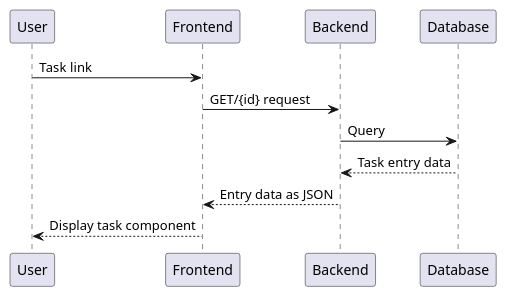
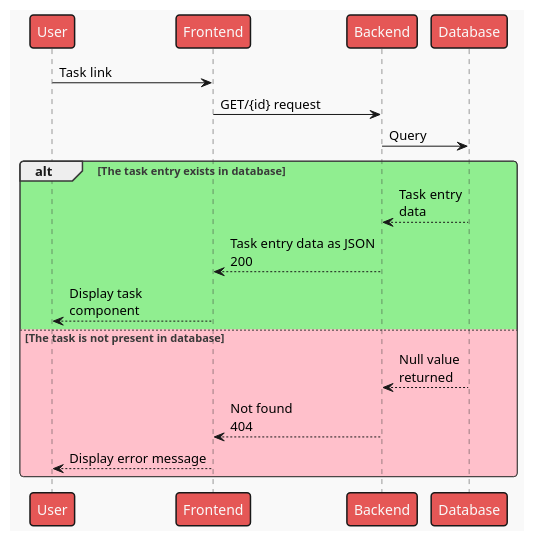
One commit to Toby-Rea/planner changed the fourth of 18 diagrams in docs/Sequences.puml. Above: the diagram before and after it, drawn with PlantUML. The commit also changed other lines of this file and 18 other files, not shown here.

Commit message:
added 404 responses to appropriate sequences and added mars theme to diagrams

```diff
--- a/docs/Sequences.puml
+++ b/docs/Sequences.puml
@@ -38,13 +41,21 @@
 @startuml Fetch single Task
+!theme mars
 participant User as u
 participant Frontend as fe
 participant Backend as be
 participant Database as db
 
 u -> fe: Task link
 fe -> be: GET/{id} request
 be -> db: Query
-be <-- db: Task entry data
-fe <-- be: Entry data as JSON
-u <-- fe: Display task component
+
+alt #LightGreen The task entry exists in database
+    be <-- db: Task entry\ndata
+    fe <-- be: Task entry data as JSON\n200
+    u <-- fe: Display task\ncomponent
+else #Pink The task is not present in database
+    be <-- db: Null value\nreturned
+    fe <-- be: Not found\n404
+    u <-- fe: Display error message
+end
 @enduml
```
